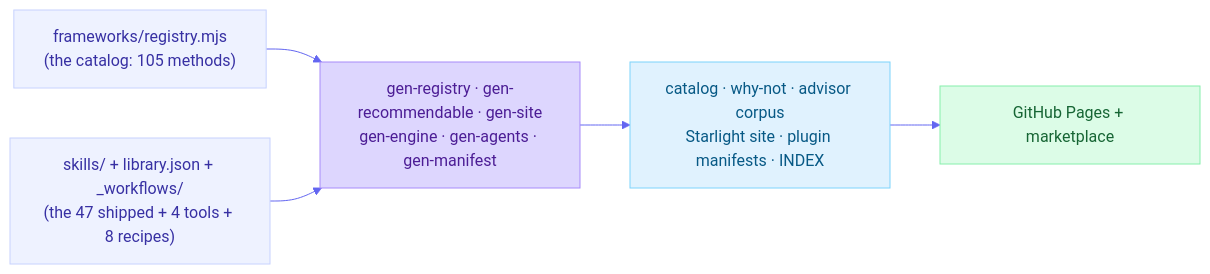
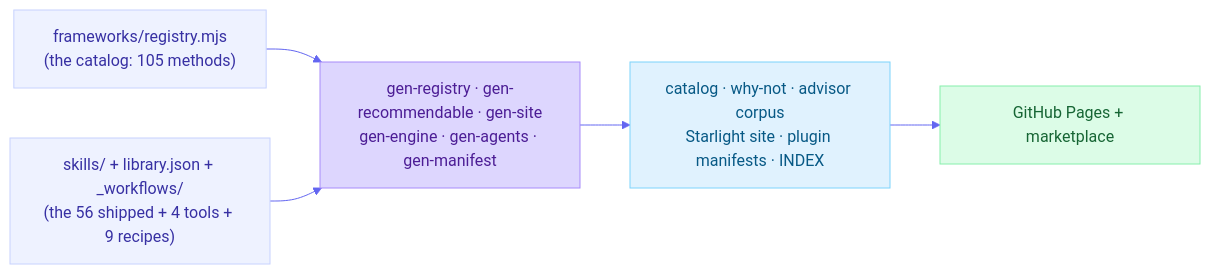
One commit to product-on-purpose/thinking-framework-skills changed the diagram in docs/architecture.md. Above: the diagram before and after it, drawn with Mermaid. The commit also changed other lines of this file and 67 other files, not shown here.

````diff
--- a/docs/architecture.md
+++ b/docs/architecture.md
@@ -47,16 +47,16 @@
 ```mermaid
 %%{init: {'theme':'base','themeVariables':{'primaryColor':'#eef2ff','primaryBorderColor':'#c7d2fe','lineColor':'#6366f1'}}}%%
 graph LR
   reg["frameworks/registry.mjs<br/>(the catalog: 105 methods)"]:::source
-  skl["skills/ + library.json + _workflows/<br/>(the 47 shipped + 4 tools + 8 recipes)"]:::source
+  skl["skills/ + library.json + _workflows/<br/>(the 56 shipped + 4 tools + 9 recipes)"]:::source
   gen["gen-registry · gen-recommendable · gen-site<br/>gen-engine · gen-agents · gen-manifest"]:::build
   views["catalog · why-not · advisor corpus<br/>Starlight site · plugin manifests · INDEX"]:::site
   pages["GitHub Pages + marketplace"]:::deploy
   reg --> gen
   skl --> gen
   gen --> views --> pages
   classDef source fill:#eef2ff,stroke:#c7d2fe,color:#3730a3;
   classDef build fill:#ddd6fe,stroke:#a78bfa,color:#4c1d95;
   classDef site fill:#e0f2fe,stroke:#7dd3fc,color:#075985;
   classDef deploy fill:#dcfce7,stroke:#86efac,color:#166534;
 ```
````
